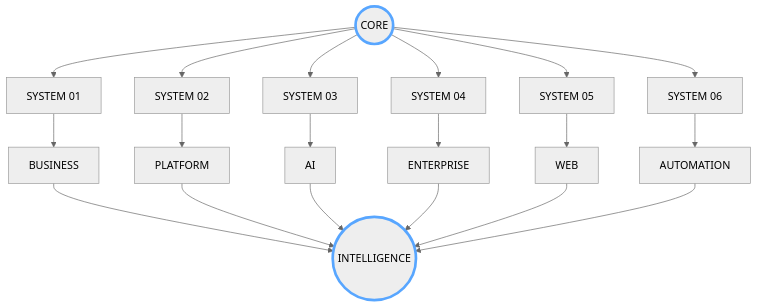
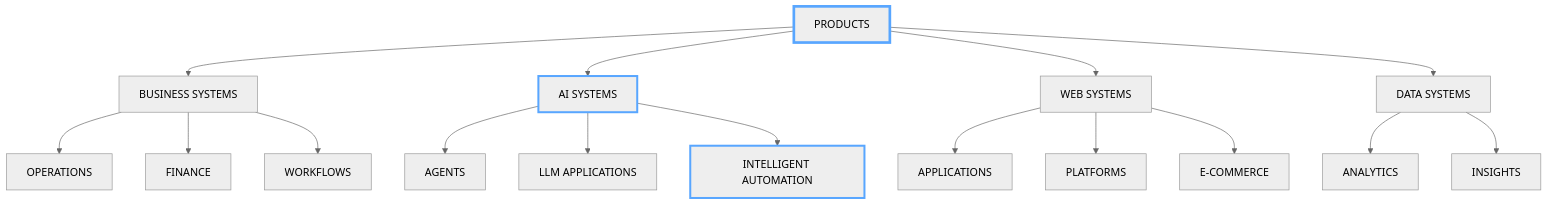
Before and after one commit to Harish-ai-dev/Harish-ai-dev: the fourth of 8 diagrams in README.md, drawn with Mermaid (neutral theme). The commit also changed other lines of this file, not shown here.

Commit message:
Update README with new sections and diagrams

````diff
--- a/README.md
+++ b/README.md
@@ -102,29 +131,29 @@
-```mermaid id="j8w2q4"
+```mermaid id="h6q1z5"
 flowchart TB
 
-    CORE(("CORE"))
+    PRODUCTS["PRODUCTS"]
 
-    CORE --> P1["SYSTEM 01"]
-    CORE --> P2["SYSTEM 02"]
-    CORE --> P3["SYSTEM 03"]
-    CORE --> P4["SYSTEM 04"]
-    CORE --> P5["SYSTEM 05"]
-    CORE --> P6["SYSTEM 06"]
+    PRODUCTS --> BUSINESS["BUSINESS SYSTEMS"]
+    PRODUCTS --> AI["AI SYSTEMS"]
+    PRODUCTS --> WEB["WEB SYSTEMS"]
+    PRODUCTS --> DATA["DATA SYSTEMS"]
 
-    P1 --> BUSINESS["BUSINESS"]
-    P2 --> PLATFORM["PLATFORM"]
-    P3 --> AI["AI"]
-    P4 --> ENTERPRISE["ENTERPRISE"]
-    P5 --> WEB["WEB"]
-    P6 --> AUTOMATION["AUTOMATION"]
+    BUSINESS --> ERP["OPERATIONS"]
+    BUSINESS --> FINANCE["FINANCE"]
+    BUSINESS --> WORKFLOW["WORKFLOWS"]
 
-    BUSINESS --> INTEL(("INTELLIGENCE"))
-    PLATFORM --> INTEL
-    AI --> INTEL
-    ENTERPRISE --> INTEL
-    WEB --> INTEL
-    AUTOMATION --> INTEL
+    AI --> AGENTS["AGENTS"]
+    AI --> LLM["LLM APPLICATIONS"]
+    AI --> AUTOMATION["INTELLIGENT AUTOMATION"]
 
-    style CORE stroke:#58A6FF,stroke-width:4px
-    style INTEL stroke:#58A6FF,stroke-width:4px
+    WEB --> APPLICATIONS["APPLICATIONS"]
+    WEB --> PLATFORMS["PLATFORMS"]
+    WEB --> ECOMMERCE["E-COMMERCE"]
+
+    DATA --> ANALYTICS["ANALYTICS"]
+    DATA --> INSIGHTS["INSIGHTS"]
+
+    style PRODUCTS stroke:#58A6FF,stroke-width:4px
+    style AI stroke:#58A6FF,stroke-width:3px
+    style AUTOMATION stroke:#58A6FF,stroke-width:3px
 ```
````
